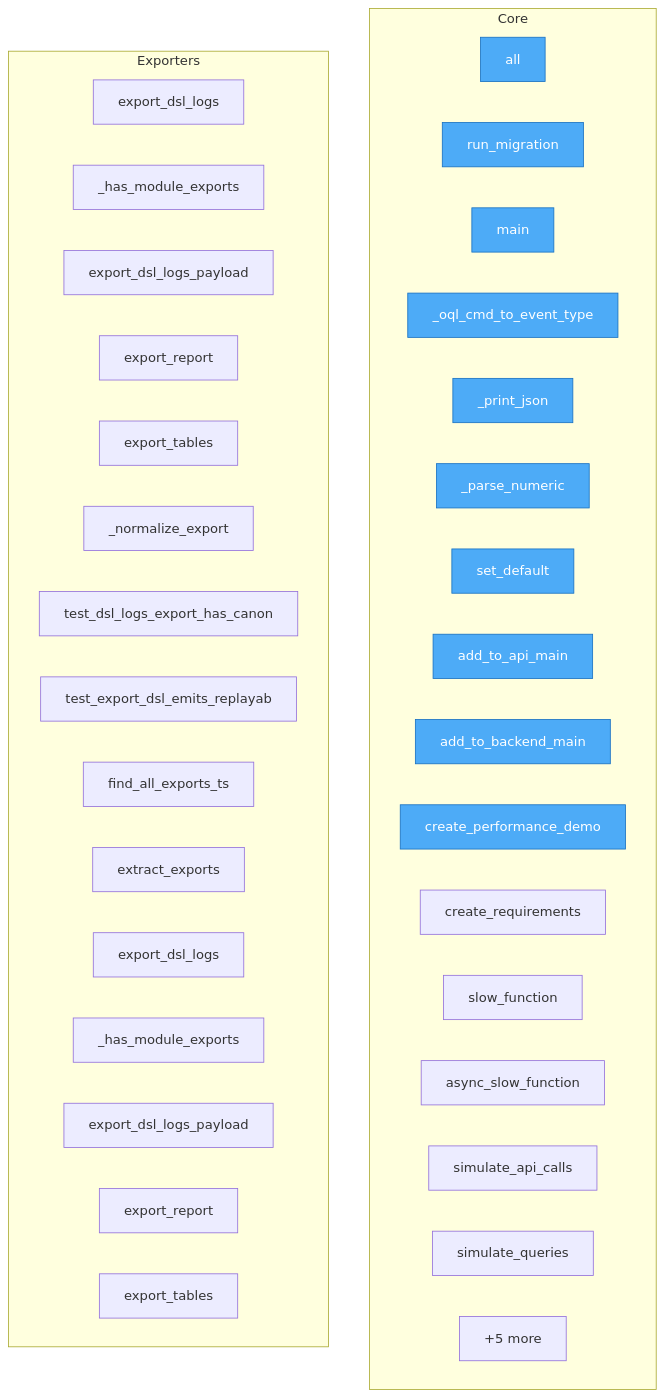
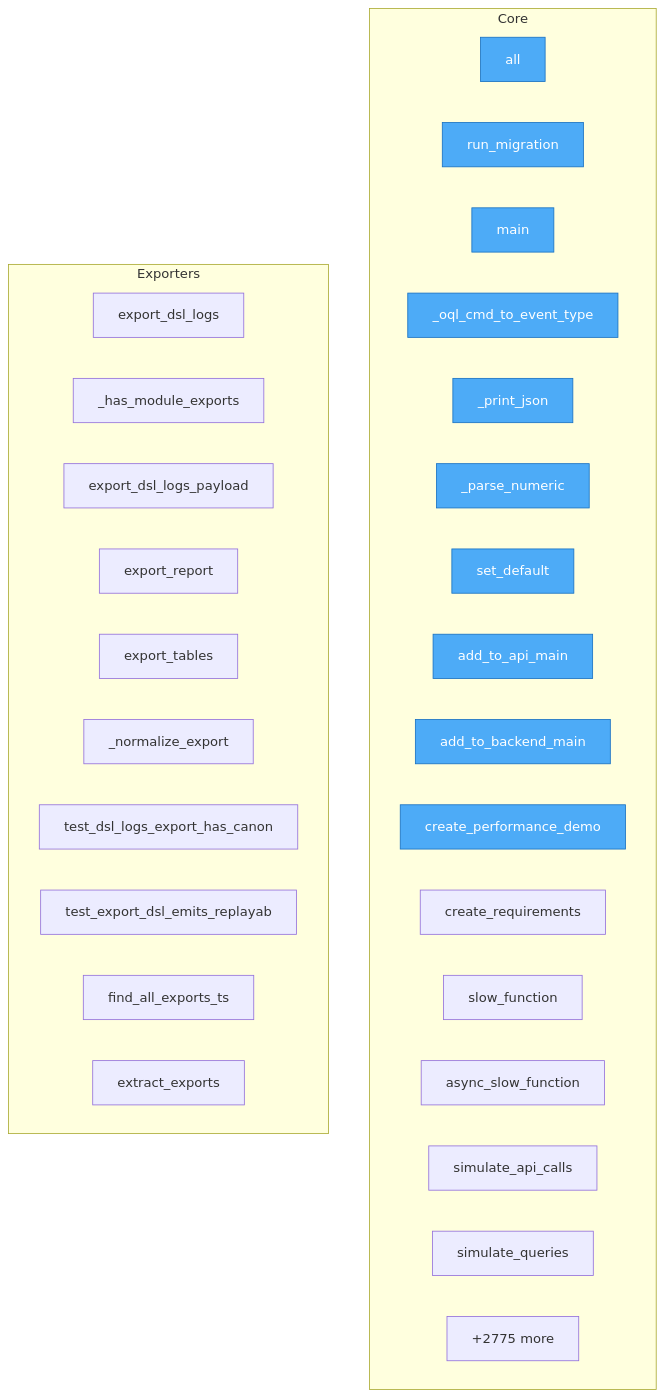
The diagram in project/flow.mmd (semcod/resplit), drawn with Mermaid before and after one commit. The commit also changed 30 other files, not shown here.

```diff
--- a/project/flow.mmd
+++ b/project/flow.mmd
@@ -1,44 +1,38 @@
 flowchart TD
 
     %% Entry points (blue)
     classDef entry fill:#4dabf7,stroke:#1971c2,color:#fff
 
     subgraph Core
         SUMD__all["all"]
         SUMD__run_migration["run_migration"]
         SUMD__main["main"]
         SUMD___oql_cmd_to_event_type["_oql_cmd_to_event_type"]
         SUMD___print_json["_print_json"]
         SUMD___parse_numeric["_parse_numeric"]
         SUMD__set_default["set_default"]
         SUMD__add_to_api_main["add_to_api_main"]
         SUMD__add_to_backend_main["add_to_backend_main"]
         SUMD__create_performance_demo["create_performance_demo"]
         SUMD__create_requirements["create_requirements"]
         SUMD__slow_function["slow_function"]
         SUMD__async_slow_function["async_slow_function"]
         SUMD__simulate_api_calls["simulate_api_calls"]
         SUMD__simulate_queries["simulate_queries"]
-        ...["+5493 more"]
+        ...["+2775 more"]
     end
 
     subgraph Exporters
         SUMD__export_dsl_logs["export_dsl_logs"]
         SUMD___has_module_exports["_has_module_exports"]
         SUMD__export_dsl_logs_payload["export_dsl_logs_payload"]
         SUMD__export_report["export_report"]
         SUMD__export_tables["export_tables"]
         SUMD___normalize_export["_normalize_export"]
         SUMD__test_dsl_logs_export_has_canonical_logs_route_and_dsl_alias["test_dsl_logs_export_has_canon"]
         SUMD__test_export_dsl_emits_replayable_api_lines_and_comments_unknown_entries["test_export_dsl_emits_replayab"]
         SUMD__find_all_exports_ts["find_all_exports_ts"]
         SUMD__extract_exports["extract_exports"]
-        project__map__toon__export_dsl_logs["export_dsl_logs"]
-        project__map__toon___has_module_exports["_has_module_exports"]
-        project__map__toon__export_dsl_logs_payload["export_dsl_logs_payload"]
-        project__map__toon__export_report["export_report"]
-        project__map__toon__export_tables["export_tables"]
-        ...["+5 more"]
     end
 
     class SUMD__all,SUMD__run_migration,SUMD__main,SUMD___oql_cmd_to_event_type,SUMD___print_json,SUMD___parse_numeric,SUMD__set_default,SUMD__add_to_api_main,SUMD__add_to_backend_main,SUMD__create_performance_demo entry
```
